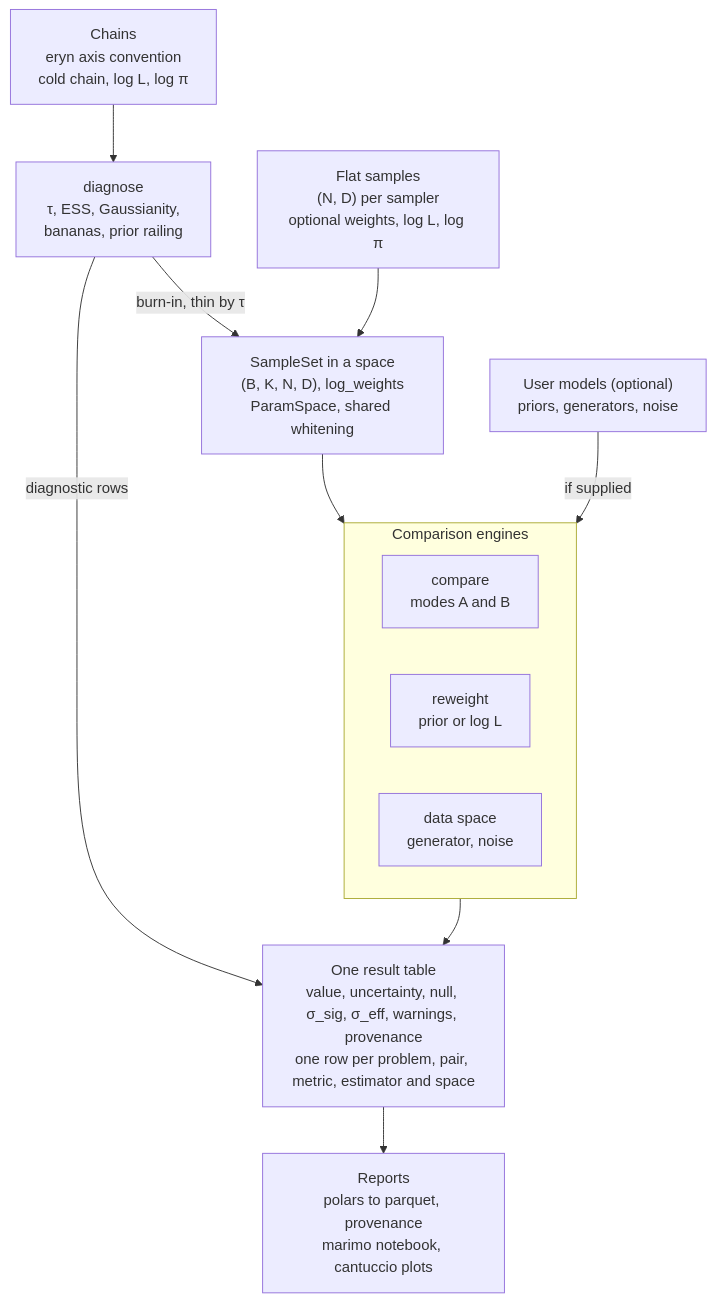
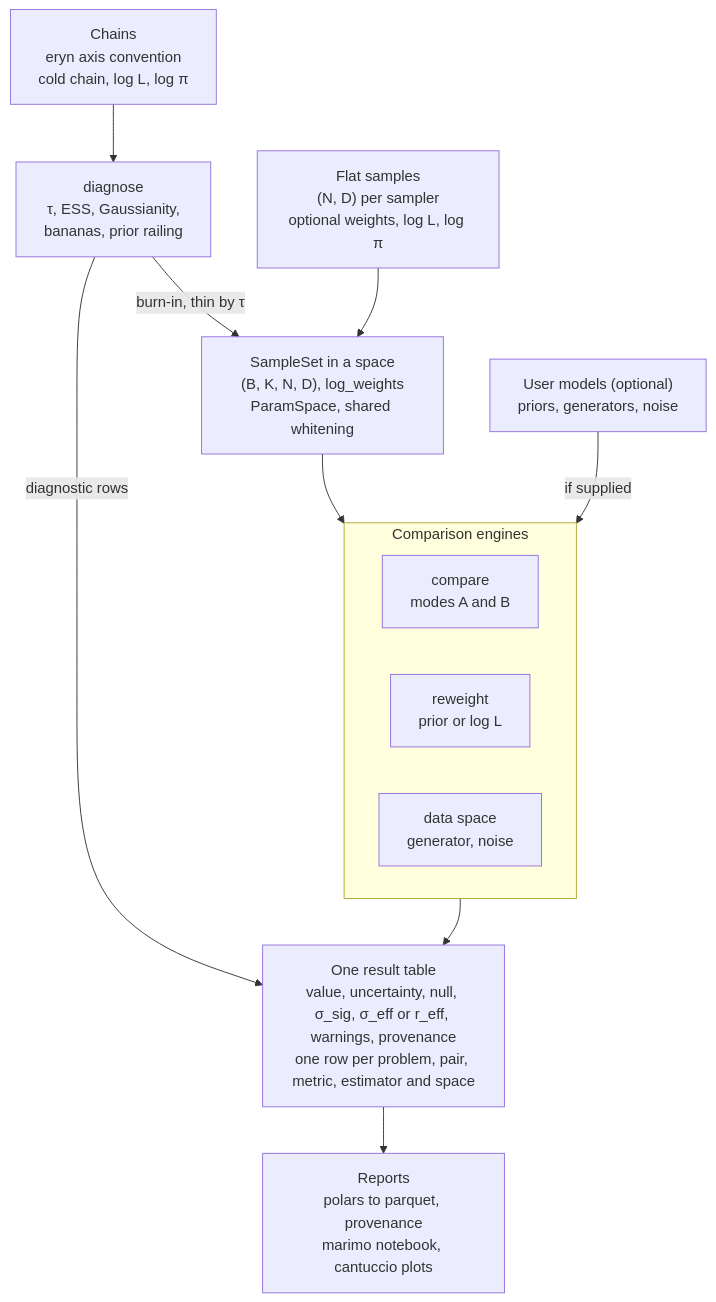
One commit to coen-rondeel/mixed-signals changed the diagram in DESIGN.md. Above: the diagram before and after it, drawn with Mermaid. The commit also changed other lines of this file and 12 other files, not shown here.

````diff
--- a/DESIGN.md
+++ b/DESIGN.md
@@ -9,24 +9,24 @@
 ```mermaid
 flowchart TD
     chains["Chains<br/>eryn axis convention<br/>cold chain, log L, log π"]
     flat["Flat samples<br/>(N, D) per sampler<br/>optional weights, log L, log π"]
     models["User models (optional)<br/>priors, generators, noise"]
     diagnose["diagnose<br/>τ, ESS, Gaussianity,<br/>bananas, prior railing"]
     sampleset["SampleSet in a space<br/>(B, K, N, D), log_weights<br/>ParamSpace, shared whitening"]
     subgraph engines["Comparison engines"]
         compare["compare<br/>modes A and B"]
         reweight["reweight<br/>prior or log L"]
         dataspace["data space<br/>generator, noise"]
     end
-    result["One result table<br/>value, uncertainty, null, σ_sig, σ_eff, warnings, provenance<br/>one row per problem, pair, metric, estimator and space"]
+    result["One result table<br/>value, uncertainty, null, σ_sig, σ_eff or r_eff, warnings, provenance<br/>one row per problem, pair, metric, estimator and space"]
     reports["Reports<br/>polars to parquet, provenance<br/>marimo notebook, cantuccio plots"]
 
     chains --> diagnose
     diagnose -- "burn-in, thin by τ" --> sampleset
     flat --> sampleset
     sampleset --> engines
     models -- "if supplied" --> engines
     diagnose -- "diagnostic rows" --> result
     engines --> result
     result --> reports
 ```
````
